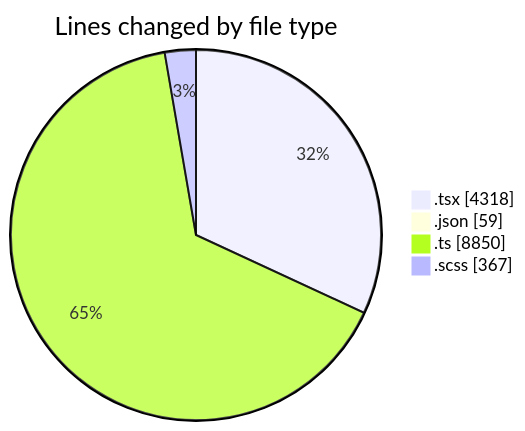
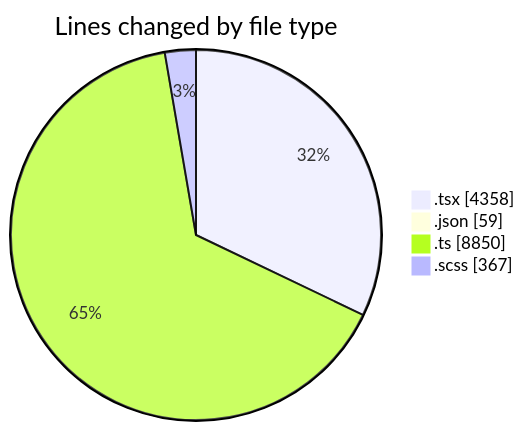
The first of 2 diagrams in 2025-11-24/cda/README.md (momahboobian/code-tracking), drawn with Mermaid before and after one commit. The commit also changed other lines of this file and 1 other file, not shown here.

````diff
--- a/2025-11-24/cda/README.md
+++ b/2025-11-24/cda/README.md
@@ -36,8 +36,8 @@
 ```mermaid
 pie showData
 title Lines changed by file type
-".tsx" : 4318
+".tsx" : 4358
 ".json" : 59
 ".ts" : 8850
 ".scss" : 367
 ```
````
